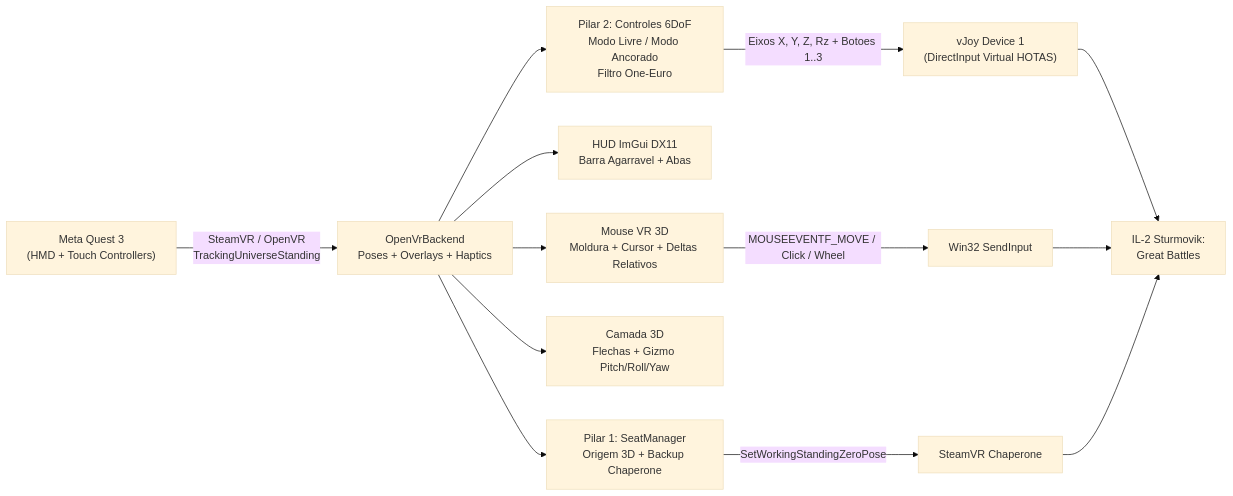
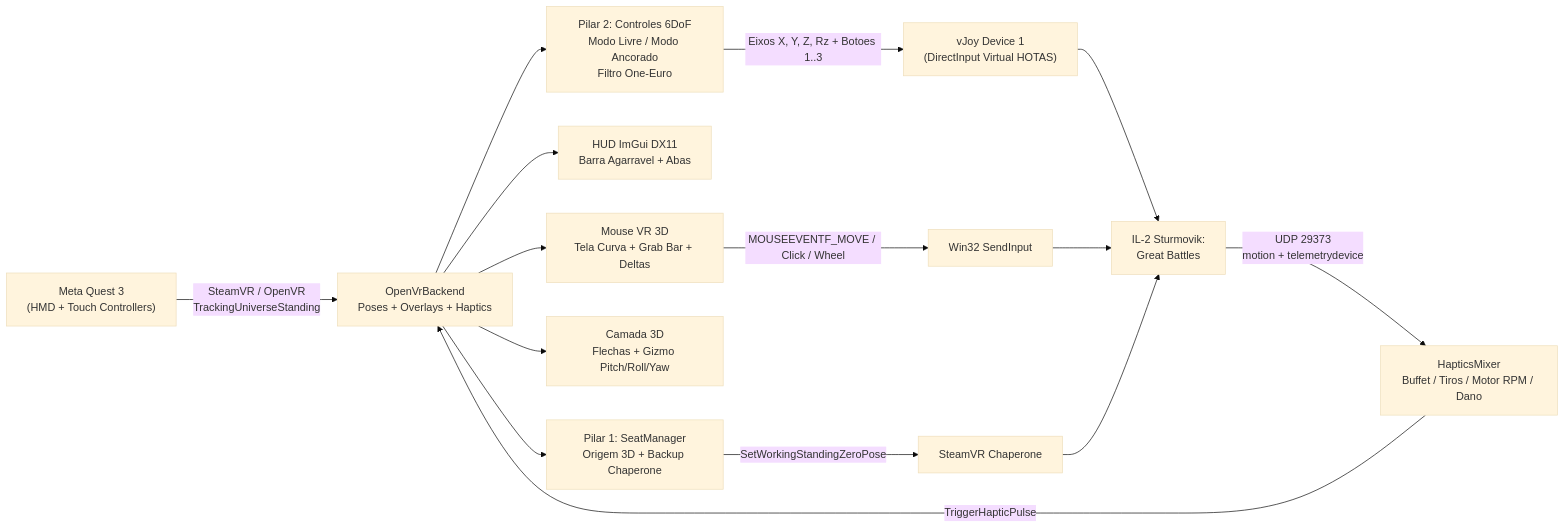
One commit to Tarranzilla/il2_vr_qol changed the diagram in README.md. Above: the diagram before and after it, drawn with Mermaid (base theme). The commit also changed other lines of this file, not shown here.

Commit message:
docs(readme): update README and architecture diagram to v0.8.3

````diff
--- a/README.md
+++ b/README.md
@@ -41,17 +41,19 @@
 ```mermaid
 flowchart LR
     Q3["Meta Quest 3<br/>(HMD + Touch Controllers)"] -->|SteamVR / OpenVR<br/>TrackingUniverseStanding| OV["OpenVrBackend<br/>Poses + Overlays + Haptics"]
 
     OV --> P1["Pilar 1: SeatManager<br/>Origem 3D + Backup Chaperone"]
     OV --> HUD["HUD ImGui DX11<br/>Barra Agarravel + Abas"]
     OV --> P2["Pilar 2: Controles 6DoF<br/>Modo Livre / Modo Ancorado<br/>Filtro One-Euro"]
     OV --> GZ["Camada 3D<br/>Flechas + Gizmo Pitch/Roll/Yaw"]
-    OV --> MS["Mouse VR 3D<br/>Moldura + Cursor + Deltas Relativos"]
+    OV --> MS["Mouse VR 3D<br/>Tela Curva + Grab Bar + Deltas"]
+    HAP["HapticsMixer<br/>Buffet / Tiros / Motor RPM / Dano"] -->|TriggerHapticPulse| OV
 
     P1 -->|SetWorkingStandingZeroPose| SVR["SteamVR Chaperone"]
     P2 -->|Eixos X, Y, Z, Rz + Botoes 1..3| VJOY["vJoy Device 1<br/>(DirectInput Virtual HOTAS)"]
     MS -->|MOUSEEVENTF_MOVE / Click / Wheel| WIN["Win32 SendInput"]
     VJOY --> IL2["IL-2 Sturmovik:<br/>Great Battles"]
     WIN --> IL2
     SVR --> IL2
+    IL2 -->|UDP 29373<br/>motion + telemetrydevice| HAP
 ```
````
